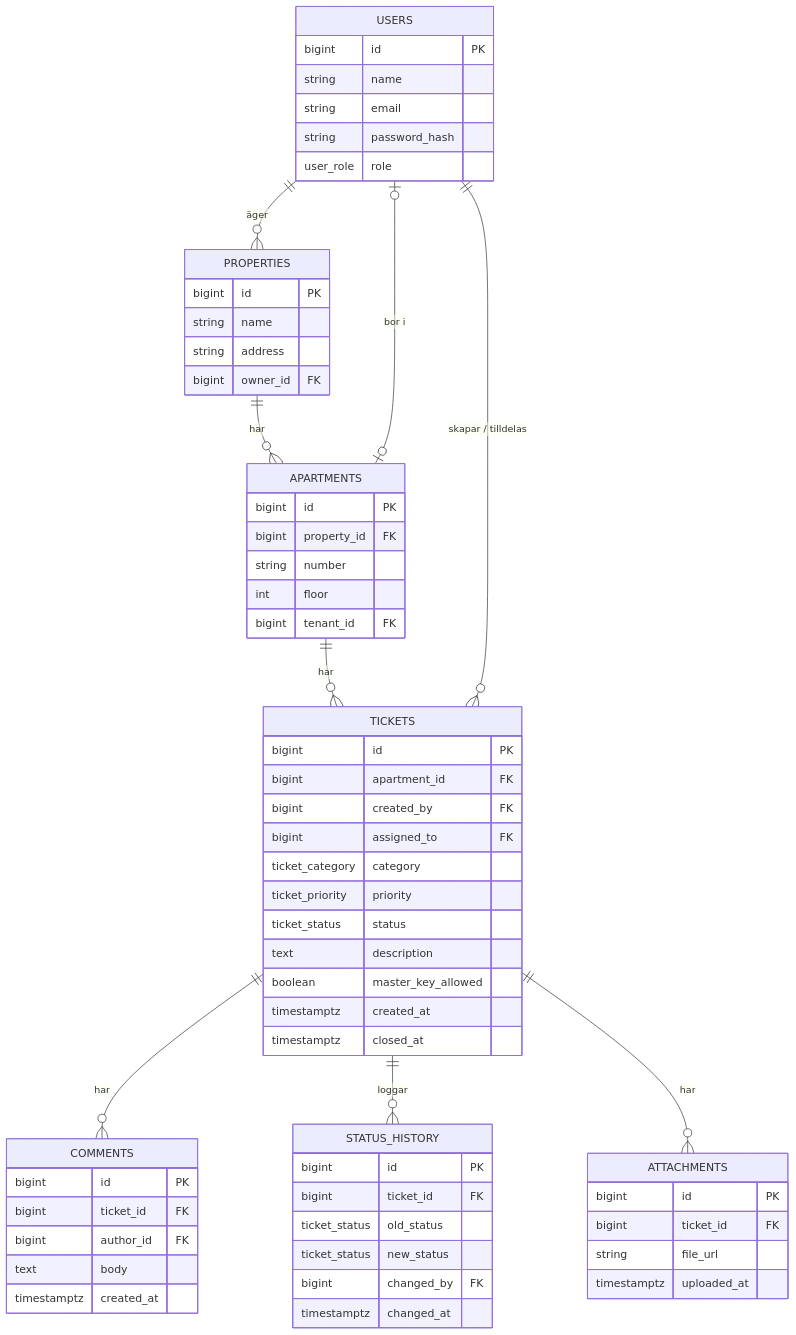
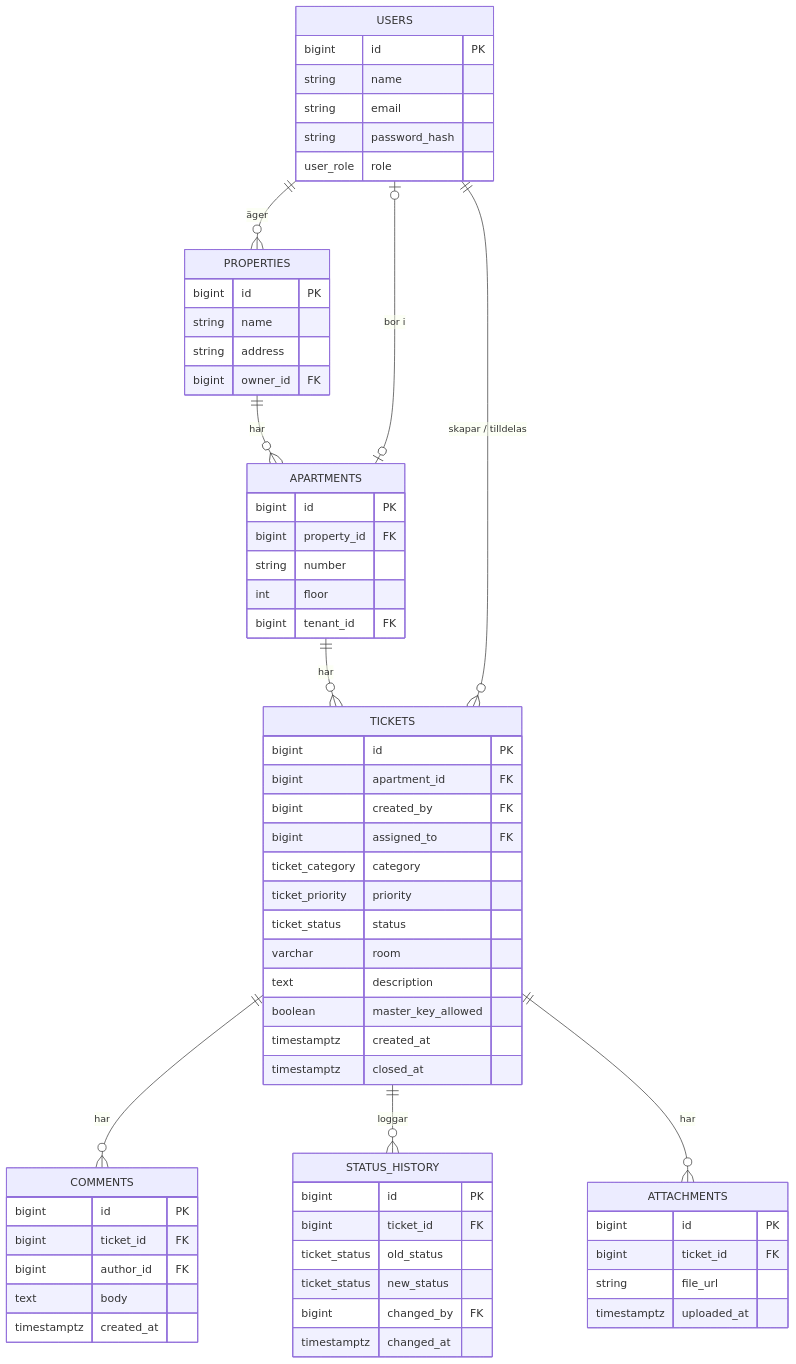
Before and after one commit to Tre-Musketradar/FastFix: the diagram in docs/databasschema.md, drawn with Mermaid. The commit also changed other lines of this file and 8 other files, not shown here.

````diff
--- a/docs/databasschema.md
+++ b/docs/databasschema.md
@@ -7,66 +7,67 @@
 ```mermaid
 erDiagram
     USERS ||--o{ PROPERTIES : "äger"
     PROPERTIES ||--o{ APARTMENTS : "har"
     USERS |o--o| APARTMENTS : "bor i"
     APARTMENTS ||--o{ TICKETS : "har"
     USERS ||--o{ TICKETS : "skapar / tilldelas"
     TICKETS ||--o{ COMMENTS : "har"
     TICKETS ||--o{ STATUS_HISTORY : "loggar"
     TICKETS ||--o{ ATTACHMENTS : "har"
 
     USERS {
         bigint id PK
         string name
         string email
         string password_hash
         user_role role
     }
     PROPERTIES {
         bigint id PK
         string name
         string address
         bigint owner_id FK
     }
     APARTMENTS {
         bigint id PK
         bigint property_id FK
         string number
         int floor
         bigint tenant_id FK
     }
     TICKETS {
         bigint id PK
         bigint apartment_id FK
         bigint created_by FK
         bigint assigned_to FK
         ticket_category category
         ticket_priority priority
         ticket_status status
+        varchar room
         text description
         boolean master_key_allowed
         timestamptz created_at
         timestamptz closed_at
     }
     COMMENTS {
         bigint id PK
         bigint ticket_id FK
         bigint author_id FK
         text body
         timestamptz created_at
     }
     STATUS_HISTORY {
         bigint id PK
         bigint ticket_id FK
         ticket_status old_status
         ticket_status new_status
         bigint changed_by FK
         timestamptz changed_at
     }
     ATTACHMENTS {
         bigint id PK
         bigint ticket_id FK
         string file_url
         timestamptz uploaded_at
     }
 ```
````
